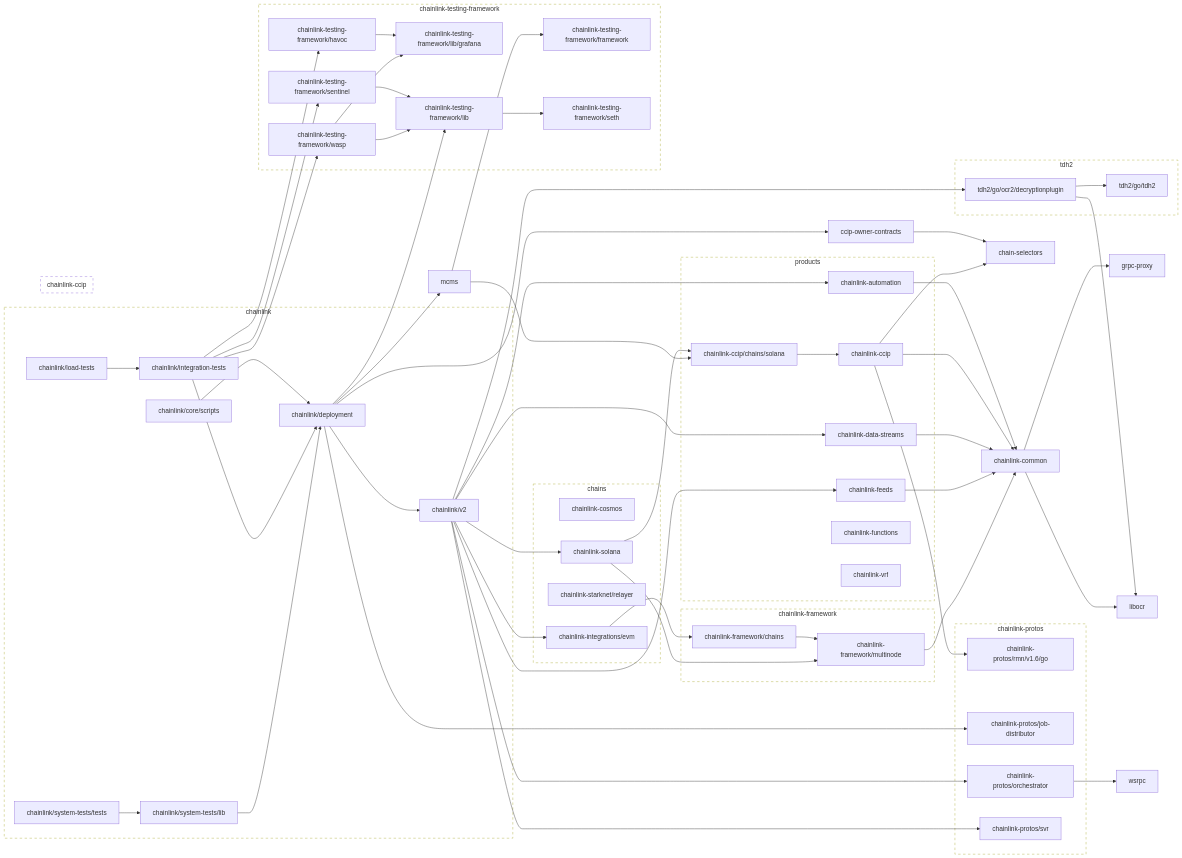
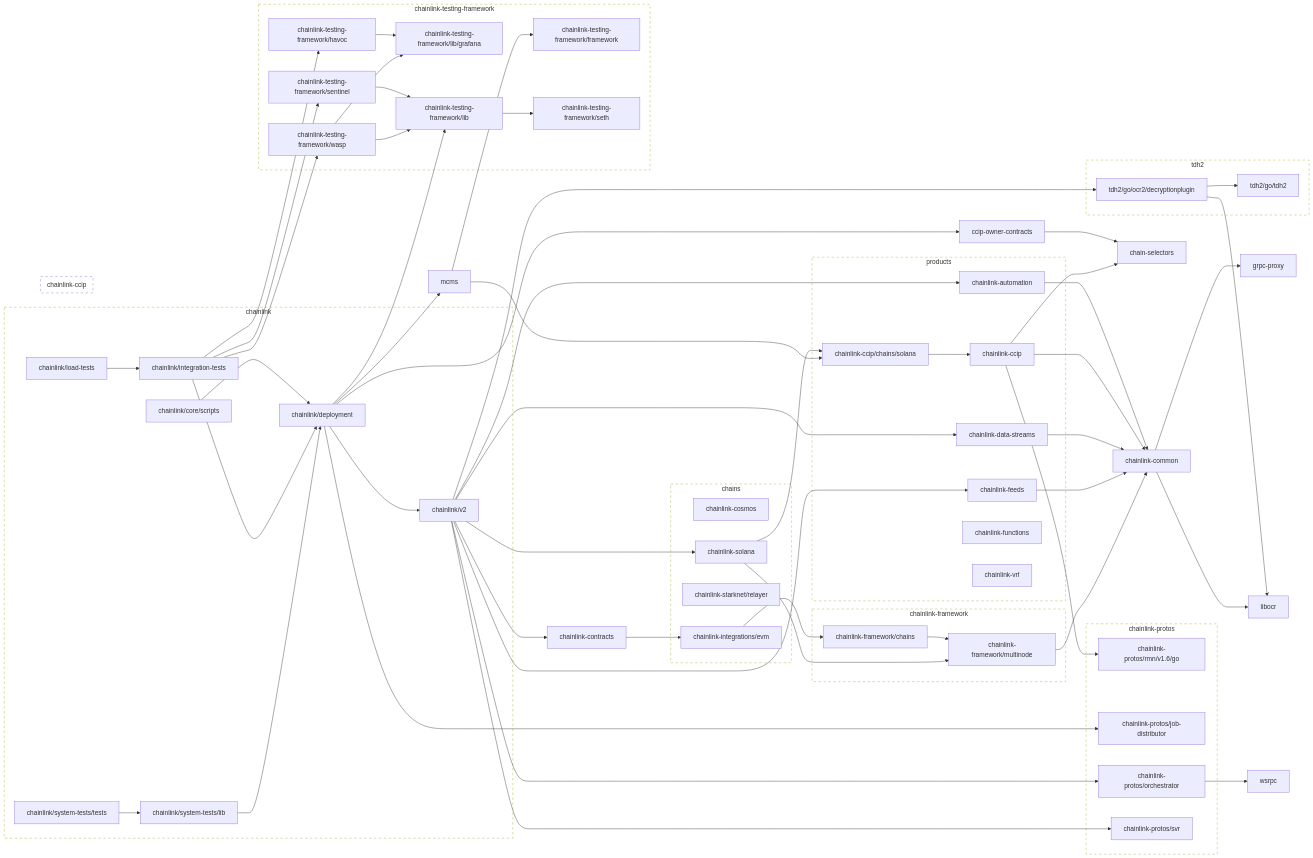
One commit to smartcontractkit/chainlink changed the second of 2 diagrams in go.md. Above: the diagram before and after it, drawn with Mermaid. The commit also changed other lines of this file, not shown here.

Commit message:
Run make generate.

```diff
--- a/go.md
+++ b/go.md
@@ -141,6 +143,8 @@
 	chainlink-common --> grpc-proxy
 	chainlink-common --> libocr
 	click chainlink-common href "https://github.com/smartcontractkit/chainlink-common"
+	chainlink-contracts --> chainlink-integrations/evm
+	click chainlink-contracts href "https://github.com/smartcontractkit/chainlink-contracts"
 	chainlink-data-streams --> chainlink-common
 	click chainlink-data-streams href "https://github.com/smartcontractkit/chainlink-data-streams"
 	chainlink-feeds --> chainlink-common
@@ -197,9 +201,9 @@
 	chainlink/system-tests/tests --> chainlink/system-tests/lib
 	click chainlink/system-tests/tests href "https://github.com/smartcontractkit/chainlink"
 	chainlink/v2 --> chainlink-automation
+	chainlink/v2 --> chainlink-contracts
 	chainlink/v2 --> chainlink-data-streams
 	chainlink/v2 --> chainlink-feeds
-	chainlink/v2 --> chainlink-integrations/evm
 	chainlink/v2 --> chainlink-protos/orchestrator
 	chainlink/v2 --> chainlink-protos/svr
 	chainlink/v2 --> chainlink-solana
```
